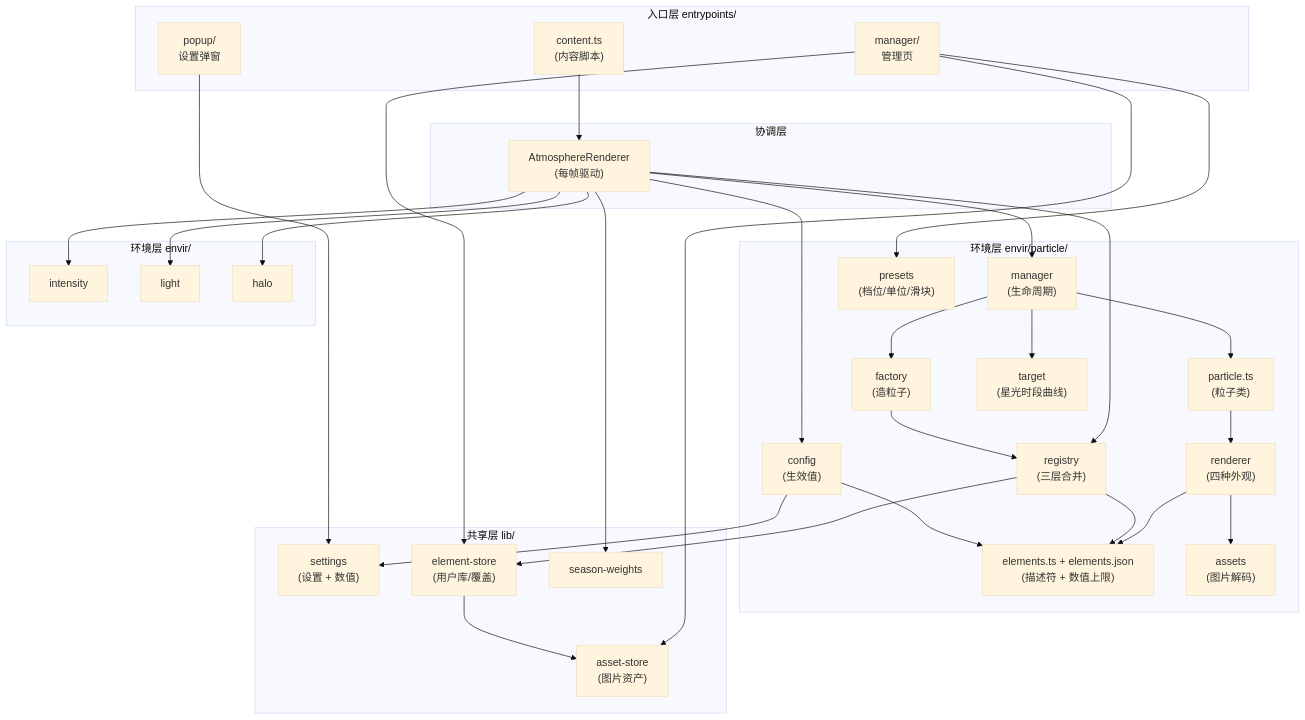
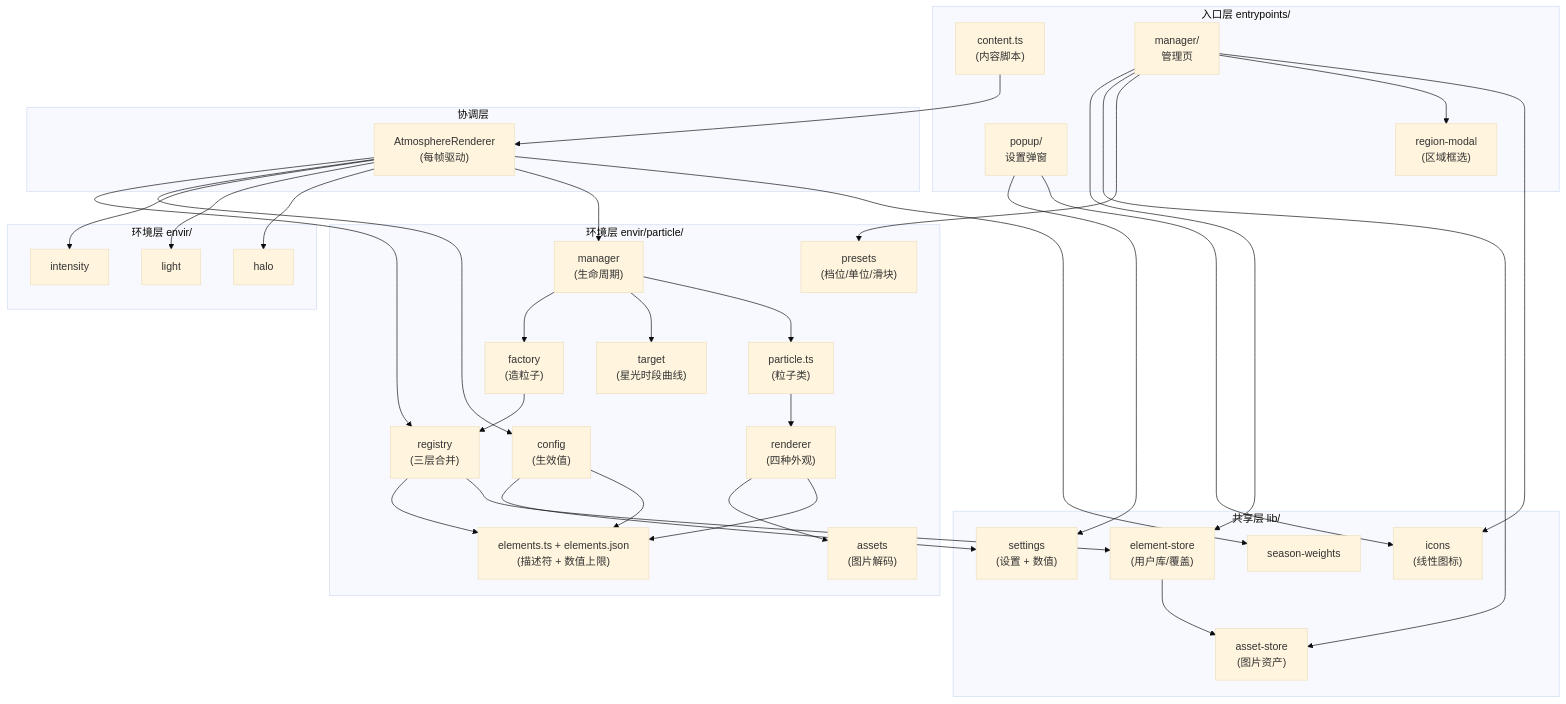
Before and after one commit to Flmpx/season-switch: the first of 3 diagrams in docs/design.md, drawn with Mermaid (base theme). The commit also changed other lines of this file and 5 other files, not shown here.

````diff
--- a/docs/design.md
+++ b/docs/design.md
@@ -15,63 +15,68 @@
 ```mermaid
 flowchart TD
     subgraph entry["入口层 entrypoints/"]
         CS["content.ts\n(内容脚本)"]
         POP["popup/\n设置弹窗"]
         MGR["manager/\n管理页"]
+        RM["region-modal\n(区域框选)"]
     end
 
     subgraph coord["协调层"]
         AR["AtmosphereRenderer\n(每帧驱动)"]
     end
 
     subgraph part["环境层 envir/particle/"]
         REG["registry\n(三层合并)"]
         ELS["elements.ts + elements.json\n(描述符 + 数值上限)"]
         CFG["config\n(生效值)"]
         FAC["factory\n(造粒子)"]
         MNG["manager\n(生命周期)"]
         PCL["particle.ts\n(粒子类)"]
         REN["renderer\n(四种外观)"]
         AST["assets\n(图片解码)"]
         PRE["presets\n(档位/单位/滑块)"]
         TGT["target\n(星光时段曲线)"]
     end
 
     subgraph env["环境层 envir/"]
         INT["intensity"]
         LGT["light"]
         HALO["halo"]
     end
 
     subgraph lib["共享层 lib/"]
         SET["settings\n(设置 + 数值)"]
         ES["element-store\n(用户库/覆盖)"]
         AS["asset-store\n(图片资产)"]
         SW["season-weights"]
+        ICO["icons\n(线性图标)"]
     end
 
     CS --> AR
     AR --> REG
     AR --> CFG
     AR --> INT
     AR --> LGT
     AR --> HALO
     AR --> MNG
     AR --> SW
     MNG --> FAC
     MNG --> TGT
     MNG --> PCL
     FAC --> REG
     PCL --> REN
     REN --> AST
     REN --> ELS
     REG --> ELS
     REG --> ES
     CFG --> SET
     CFG --> ELS
     POP --> SET
     MGR --> ES
     MGR --> AS
     MGR --> PRE
+    MGR --> RM
+    MGR --> ICO
+    POP --> ICO
     ES --> AS
 ```
````
